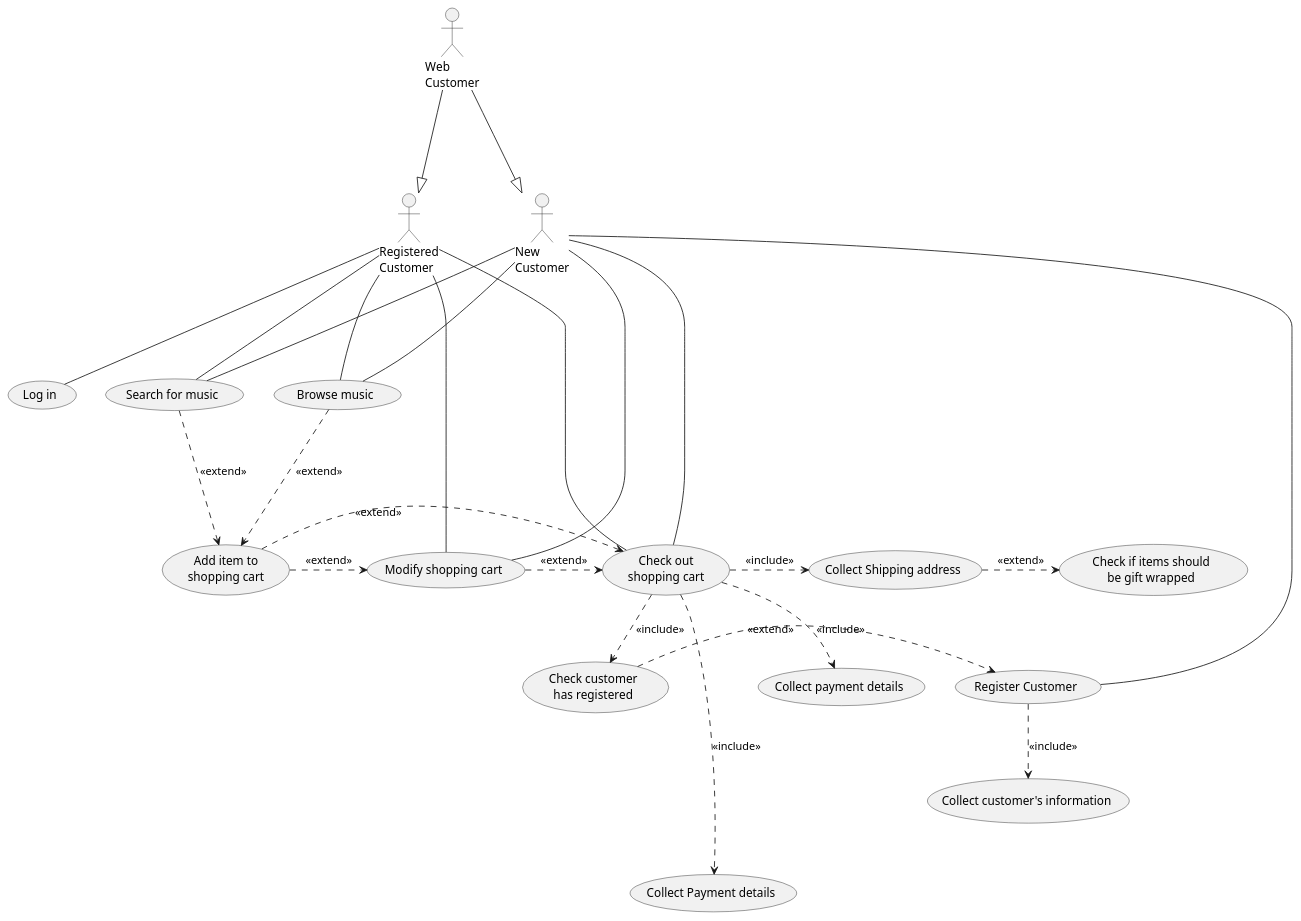
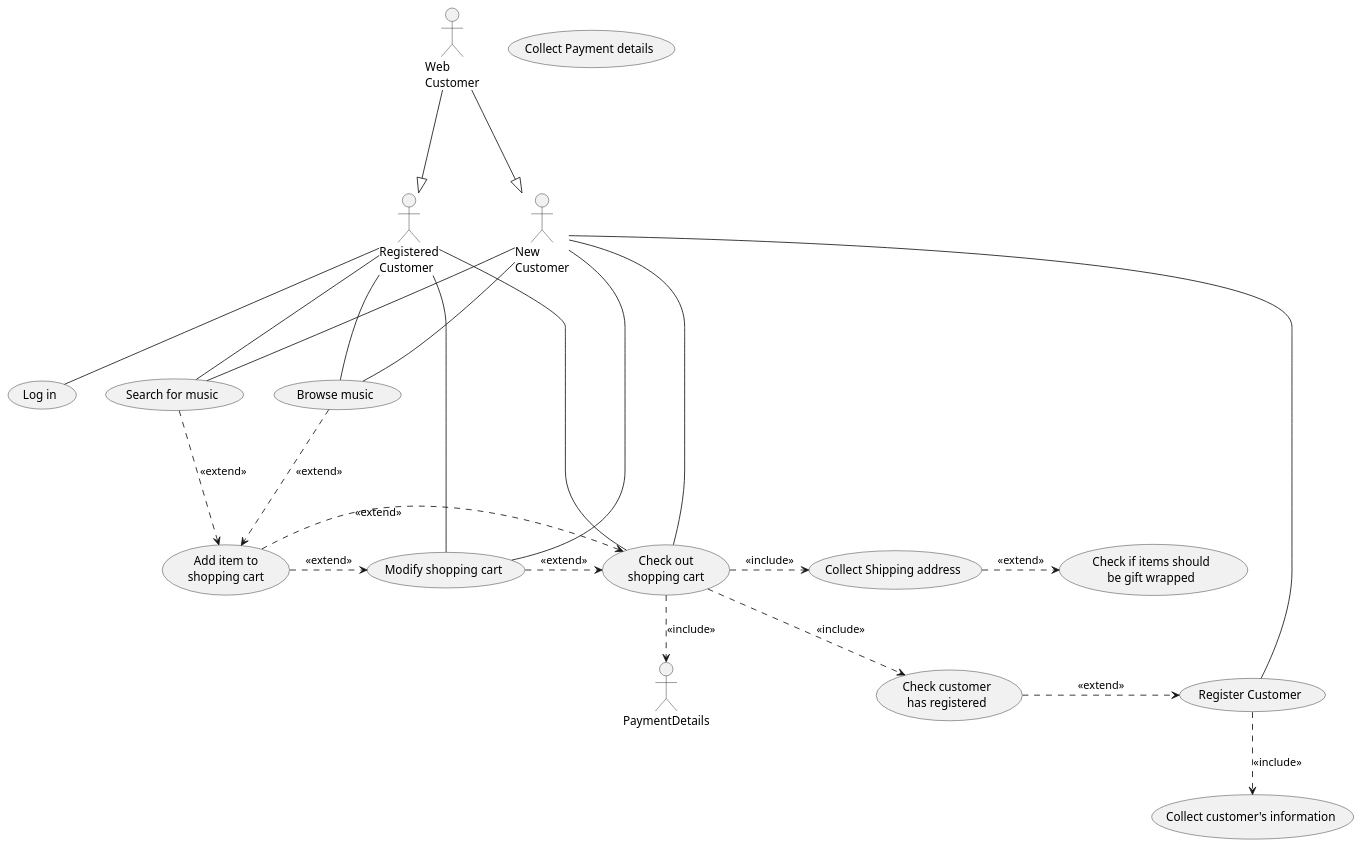
One commit to shaystevens/INFO201-assignments changed the diagram in milestone2/onlineshopping.puml. Above: the diagram before and after it, drawn with PlantUML.

Commit message:
Fixed double use case error

```diff
--- a/milestone2/onlineshopping.puml
+++ b/milestone2/onlineshopping.puml
@@ -1,45 +1,43 @@
 @startuml onlineshopping
 actor :Registered\nCustomer: as RegisteredCustomer
 actor :New\nCustomer: as NewCustomer
 actor :Web\nCustomer: as WebCustomer
 
 usecase (Search for music) as SearchForMusic
 usecase (Browse music) as BrowseMusic
 usecase (Add item to\nshopping cart) as AddItem
 usecase (Modify shopping cart) as ModifyCart
 usecase (Check out\nshopping cart) as Checkout 
 usecase (Register Customer) as RegisterCustomer 
 usecase (Collect customer's information) as CollectCustomerInformation
 usecase (Check customer\nhas registered) as checkregister
 usecase (Collect Shipping address) as CollectAddress
 usecase (Collect Payment details) as CollectPayment
 usecase (Check if items should\nbe gift wrapped) as GiftWrap
-usecase (Collect payment details) as PaymentDetails
 usecase (Log in) as Login
 
 RegisteredCustomer --- Login
 NewCustomer -- RegisterCustomer
 RegisteredCustomer --- BrowseMusic
 NewCustomer --- BrowseMusic
 RegisteredCustomer --- SearchForMusic
 NewCustomer --- SearchForMusic
 AddItem .> Checkout : <<extend>>
 SearchForMusic ...> AddItem : <<extend>>
 BrowseMusic .> AddItem : <<extend>>
 RegisteredCustomer -- ModifyCart 
 NewCustomer -- ModifyCart
 ModifyCart .> Checkout : <<extend>>
 AddItem .> ModifyCart : <<extend>>
 NewCustomer -- Checkout
 RegisteredCustomer -- Checkout
 WebCustomer ---|> RegisteredCustomer
 WebCustomer ---|> NewCustomer
 RegisterCustomer ..> CollectCustomerInformation : <<include>>
 Checkout ..> checkregister : <<include>>
 checkregister .> RegisterCustomer : <<extend>>
 Checkout .> CollectAddress : <<include>>
-Checkout ....> CollectPayment : <<include>>
 CollectAddress .> GiftWrap : <<extend>>
 Checkout ..> PaymentDetails : <<include>>
 
 @enduml
```
